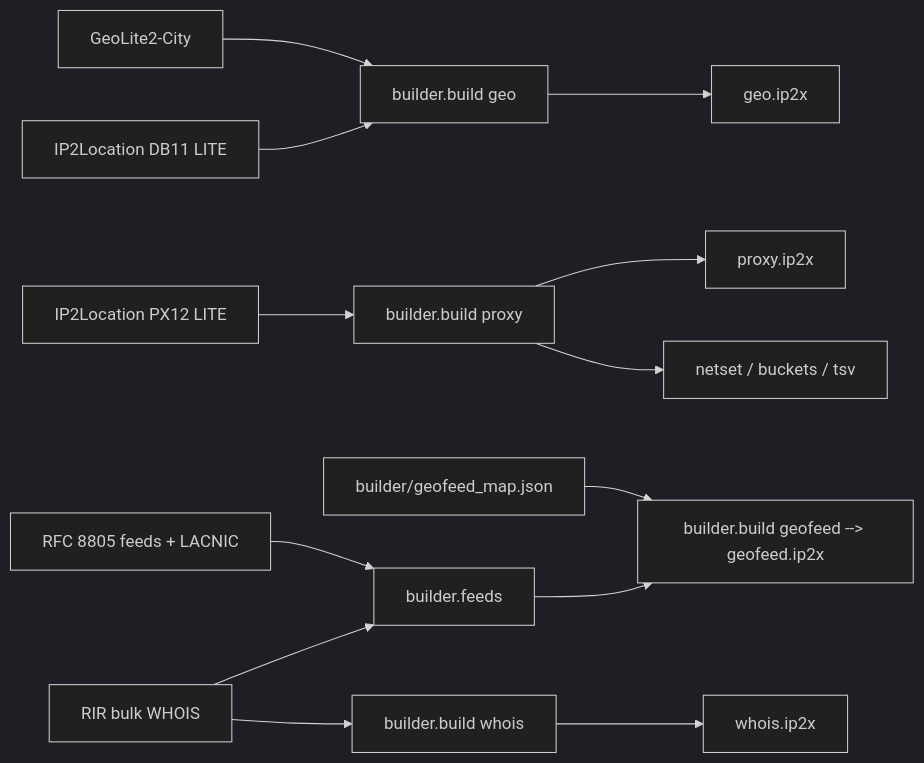
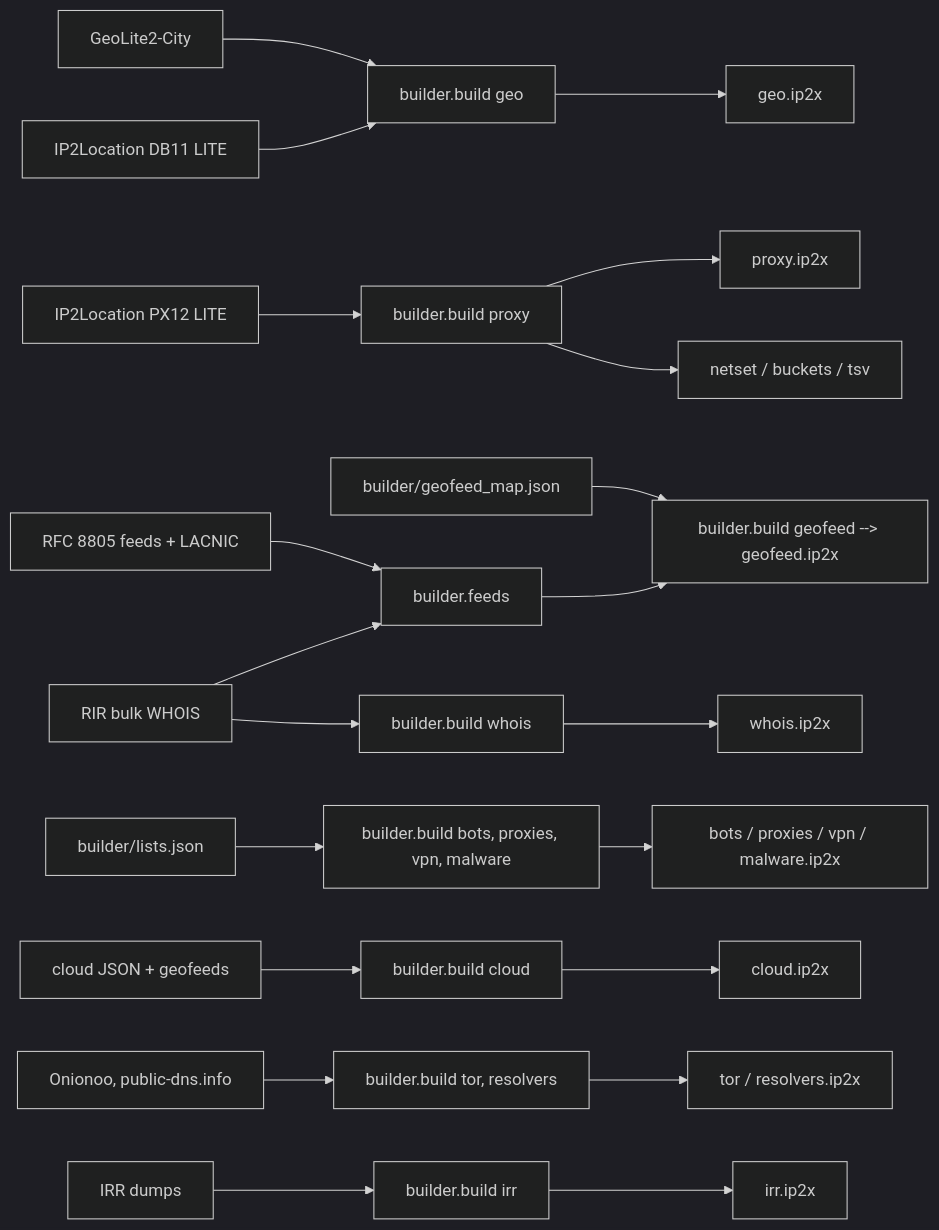
One commit to tn3w/IP2X changed the diagram in README.md. Above: the diagram before and after it, drawn with Mermaid (dark theme). The commit also changed other lines of this file and 7 other files, not shown here.

Commit message:
feat: add bots, proxies, vpn, malware, cloud, tor, resolvers and irr databases from regex lists and plevin's sources with a shared table writer

````diff
--- a/README.md
+++ b/README.md
@@ -355,14 +510,22 @@
 ```mermaid
 flowchart LR
     D1[IP2Location DB11 LITE] --> G[builder.build geo]
     D2[GeoLite2-City] --> G
     G --> GB[geo.ip2x]
     D3[IP2Location PX12 LITE] --> P[builder.build proxy]
     P --> PB[proxy.ip2x]
     P --> V[netset / buckets / tsv]
     D4[RIR bulk WHOIS] --> F[builder.feeds]
     D5[RFC 8805 feeds + LACNIC] --> F
     F --> FB[builder.build geofeed --> geofeed.ip2x]
     D4 --> W[builder.build whois] --> WB[whois.ip2x]
     D6[builder/geofeed_map.json] --> FB
+    D7[builder/lists.json] --> L[builder.build bots, proxies, vpn, malware]
+    D8[cloud JSON + geofeeds] --> C[builder.build cloud]
+    D9[Onionoo, public-dns.info] --> T[builder.build tor, resolvers]
+    D10[IRR dumps] --> R[builder.build irr]
+    L --> I[bots / proxies / vpn / malware.ip2x]
+    C --> I2[cloud.ip2x]
+    T --> I3[tor / resolvers.ip2x]
+    R --> I4[irr.ip2x]
 ```
````
